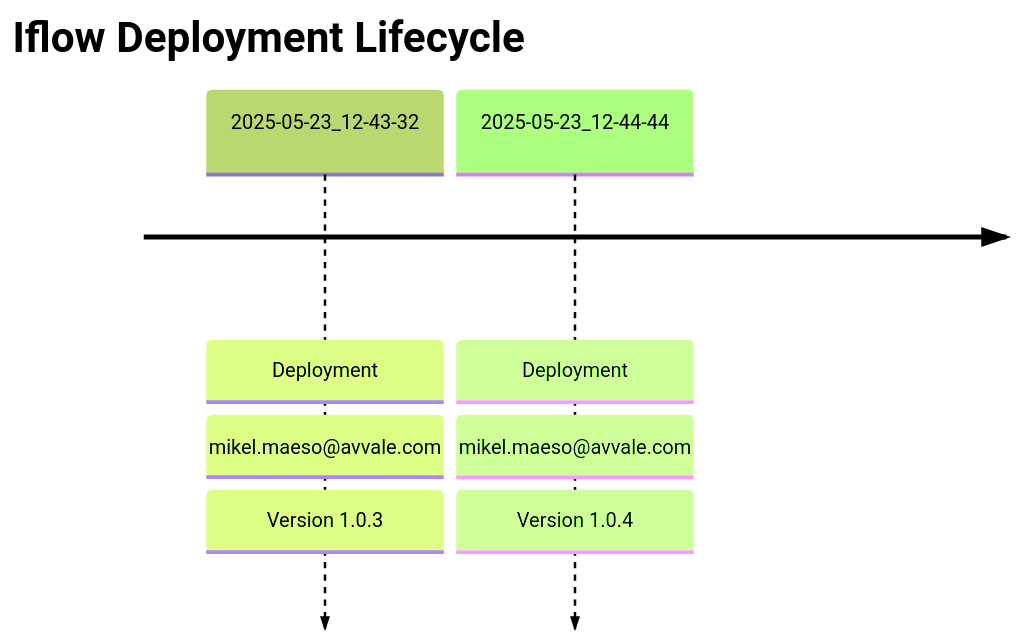
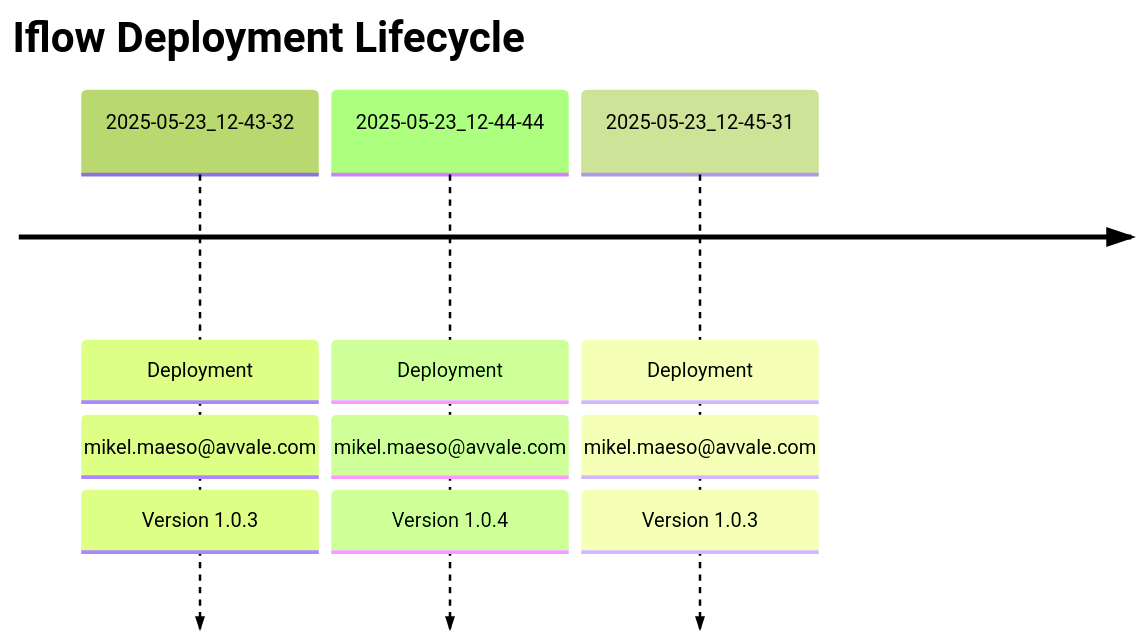
One commit to Avvale-IA-CICD/AvvaleCPI changed the diagram in MMZ - Cell Iflows/Check_Connectivity_from_SAP_Business_Suite_MMZ/README.md. Above: the diagram before and after it, drawn with Mermaid.

Commit message:
docs: Update master README for MMZ - Cell Iflows/Check_Connectivity_from_SAP_Business_Suite_MMZ (v 1.0.3)

````diff
--- a/MMZ - Cell Iflows/Check_Connectivity_from_SAP_Business_Suite_MMZ/README.md
+++ b/MMZ - Cell Iflows/Check_Connectivity_from_SAP_Business_Suite_MMZ/README.md
@@ -7,7 +7,8 @@
 ```mermaid
 %%{init: { 'logLevel': 'debug', 'theme': 'forest' } }%%
 timeline
     title Iflow Deployment Lifecycle
     2025-05-23_12-43-32 : Deployment : mikel.maeso@avvale.com : Version 1.0.3
     2025-05-23_12-44-44 : Deployment : mikel.maeso@avvale.com : Version 1.0.4
+    2025-05-23_12-45-31 : Deployment : mikel.maeso@avvale.com : Version 1.0.3
 ```
````
